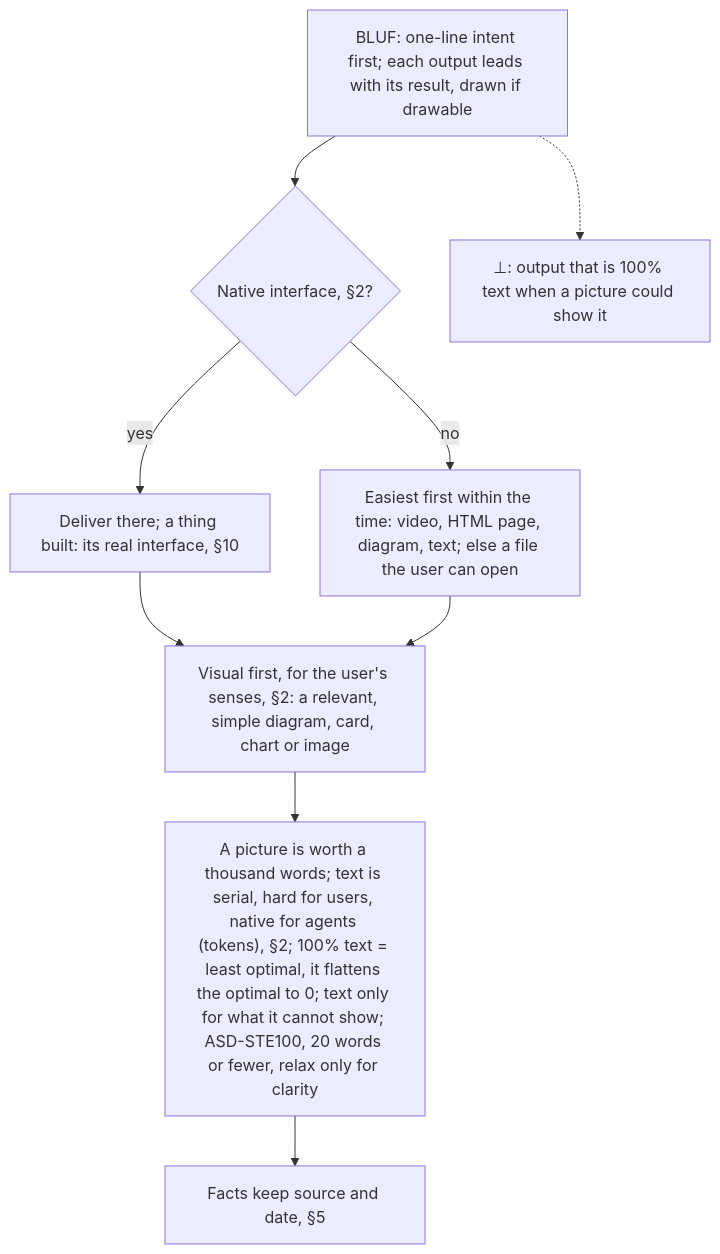
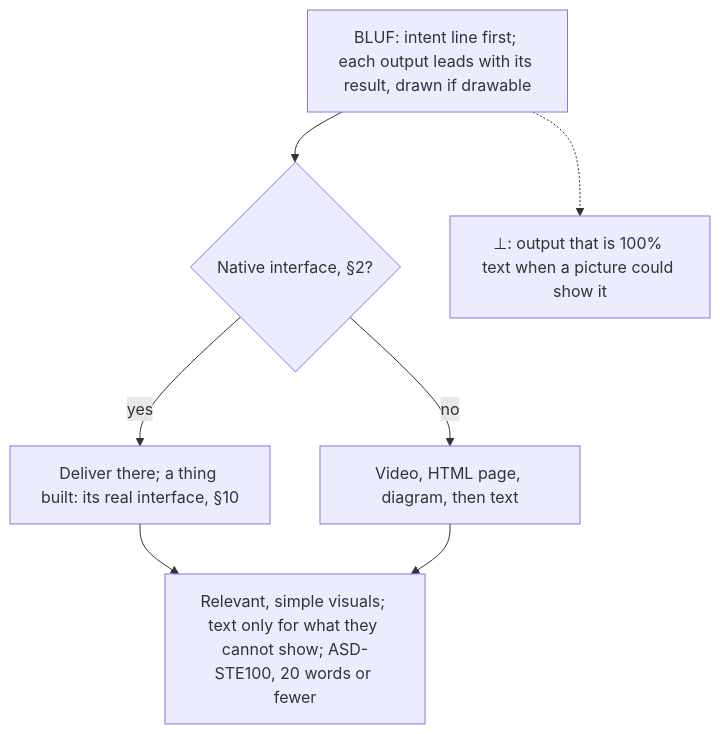
One commit to SolenixAI/arbiter changed diagram 12 of 14 in AGENTS.md. Above: the diagram before and after it, drawn with Mermaid. The commit also changed other lines of this file and 1 other file, not shown here.

First line of the commit message:
refactor(agents): every token earns its place: -20.5% per request, all rules and forms kept

````diff
--- a/AGENTS.md
+++ b/AGENTS.md
@@ -589,11 +460,9 @@
 ```mermaid
 flowchart TD
-  IL["BLUF: one-line intent first; each output leads with its result, drawn if drawable"] --> N{Native interface, §2?}
+  IL["BLUF: intent line first; each output leads with its result, drawn if drawable"] --> N{"Native interface, §2?"}
   N -->|yes| V["Deliver there; a thing built: its real interface, §10"]
-  N -->|no| F["Easiest first within the time: video, HTML page, diagram, text; else a file the user can open"]
-  V --> VF["Visual first, for the user's senses, §2: a relevant, simple diagram, card, chart or image"]
-  F --> VF
-  VF --> T["A picture is worth a thousand words; text is serial, hard for users, native for agents (tokens), §2; 100% text = least optimal, it flattens the optimal to 0; text only for what it cannot show; ASD-STE100, 20 words or fewer, relax only for clarity"]
-  T --> E["Facts keep source and date, §5"]
+  N -->|no| F["Video, HTML page, diagram, then text"]
+  V --> T["Relevant, simple visuals; text only for what they cannot show; ASD-STE100, 20 words or fewer"]
+  F --> T
   IL -.-> BOT["⊥: output that is 100% text when a picture could show it"]
 ```
````
